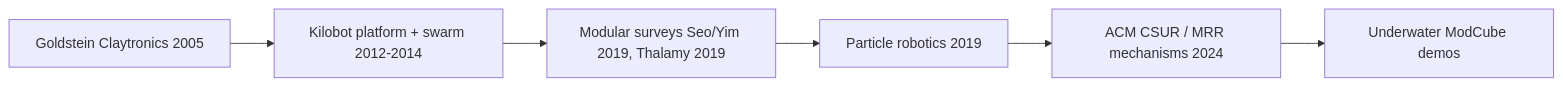
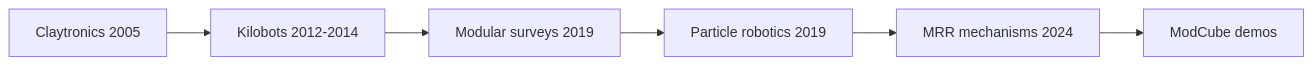
Before and after one commit to caretak3r/self-assembly-lab: the diagram in content/robots.mdx, drawn with Mermaid. The commit also changed 5 other files, not shown here.

First line of the commit message:
Simplify Mermaid diagrams for ASCII-safe Mermaid 11 labels

````diff
--- a/content/robots.mdx
+++ b/content/robots.mdx
@@ -11,8 +11,8 @@
 ```mermaid
 flowchart LR
-  A["Goldstein Claytronics 2005"] --> B["Kilobot platform + swarm 2012-2014"]
-  B --> C["Modular surveys Seo/Yim 2019, Thalamy 2019"]
-  C --> D["Particle robotics 2019"]
-  D --> E["ACM CSUR / MRR mechanisms 2024"]
-  E --> F["Underwater ModCube demos"]
+  A[Claytronics 2005] --> B[Kilobots 2012-2014]
+  B --> C[Modular surveys 2019]
+  C --> D[Particle robotics 2019]
+  D --> E[MRR mechanisms 2024]
+  E --> F[ModCube demos]
 ```
````
